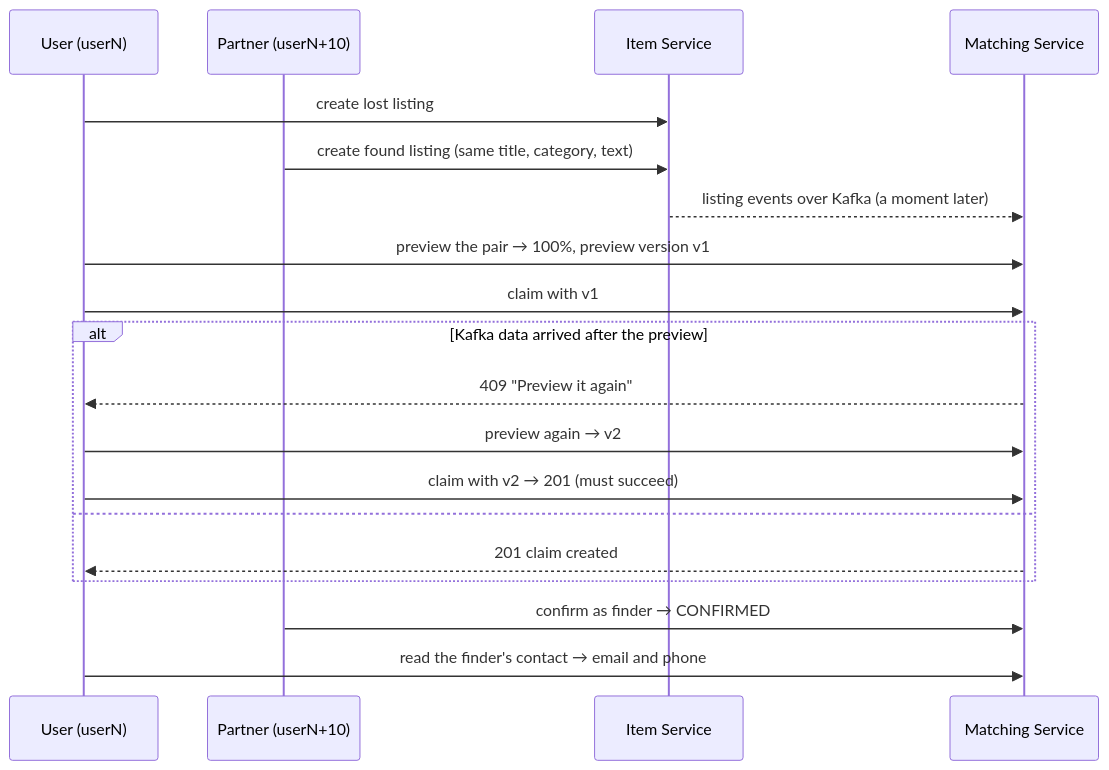
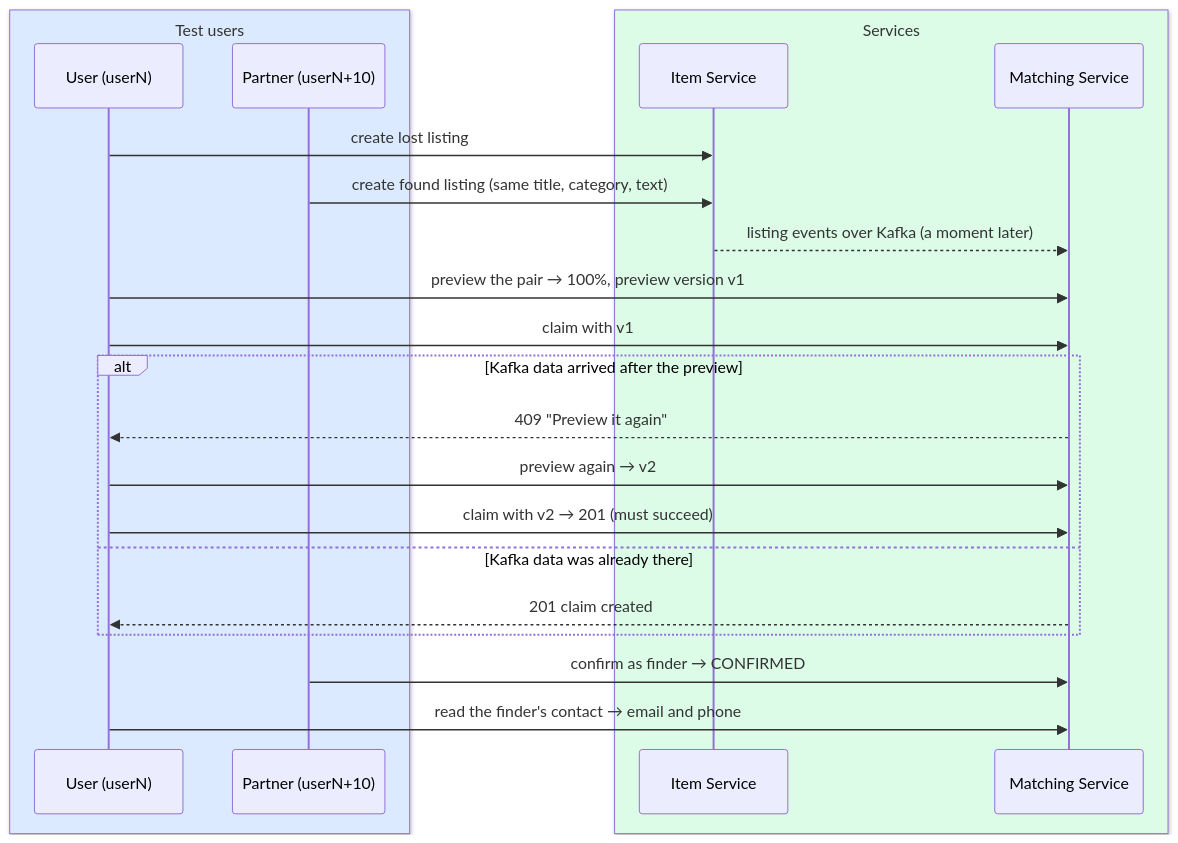
The fourth of 5 diagrams in testing-pipeline/load-testing/README.md (IT24103447/LostandFoundApp), drawn with Mermaid before and after one commit. The commit also changed other lines of this file, not shown here.

Commit message:
Rewrite the load-testing README for the extended plan: design rationale, output and report guide, diagrams

````diff
--- a/testing-pipeline/load-testing/README.md
+++ b/testing-pipeline/load-testing/README.md
@@ -137,21 +208,25 @@
 ```mermaid
 sequenceDiagram
-    participant U as User (userN)
-    participant P as Partner (userN+10)
-    participant I as Item Service
-    participant M as Matching Service
+    box rgb(219,234,254) Test users
+        participant U as User (userN)
+        participant P as Partner (userN+10)
+    end
+    box rgb(220,252,231) Services
+        participant I as Item Service
+        participant M as Matching Service
+    end
     U->>I: create lost listing
     P->>I: create found listing (same title, category, text)
     I-->>M: listing events over Kafka (a moment later)
     U->>M: preview the pair → 100%, preview version v1
     U->>M: claim with v1
     alt Kafka data arrived after the preview
         M-->>U: 409 "Preview it again"
         U->>M: preview again → v2
         U->>M: claim with v2 → 201 (must succeed)
-    else
+    else Kafka data was already there
         M-->>U: 201 claim created
     end
     P->>M: confirm as finder → CONFIRMED
     U->>M: read the finder's contact → email and phone
 ```
````
